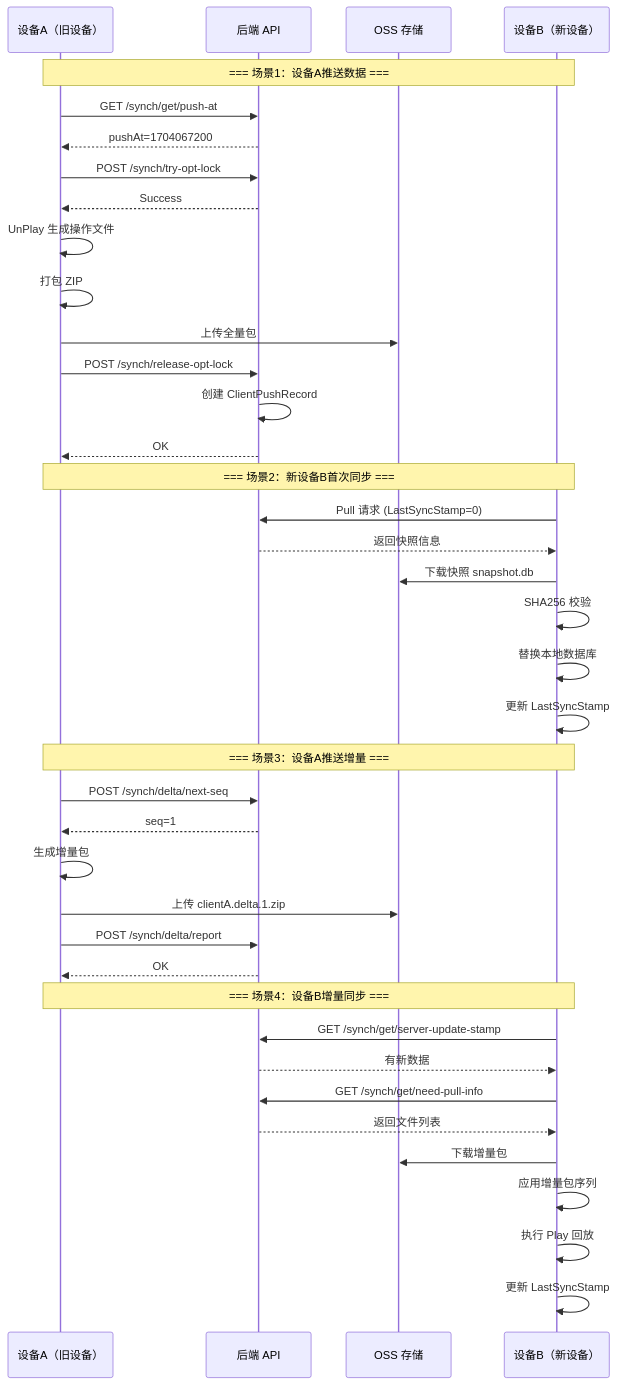
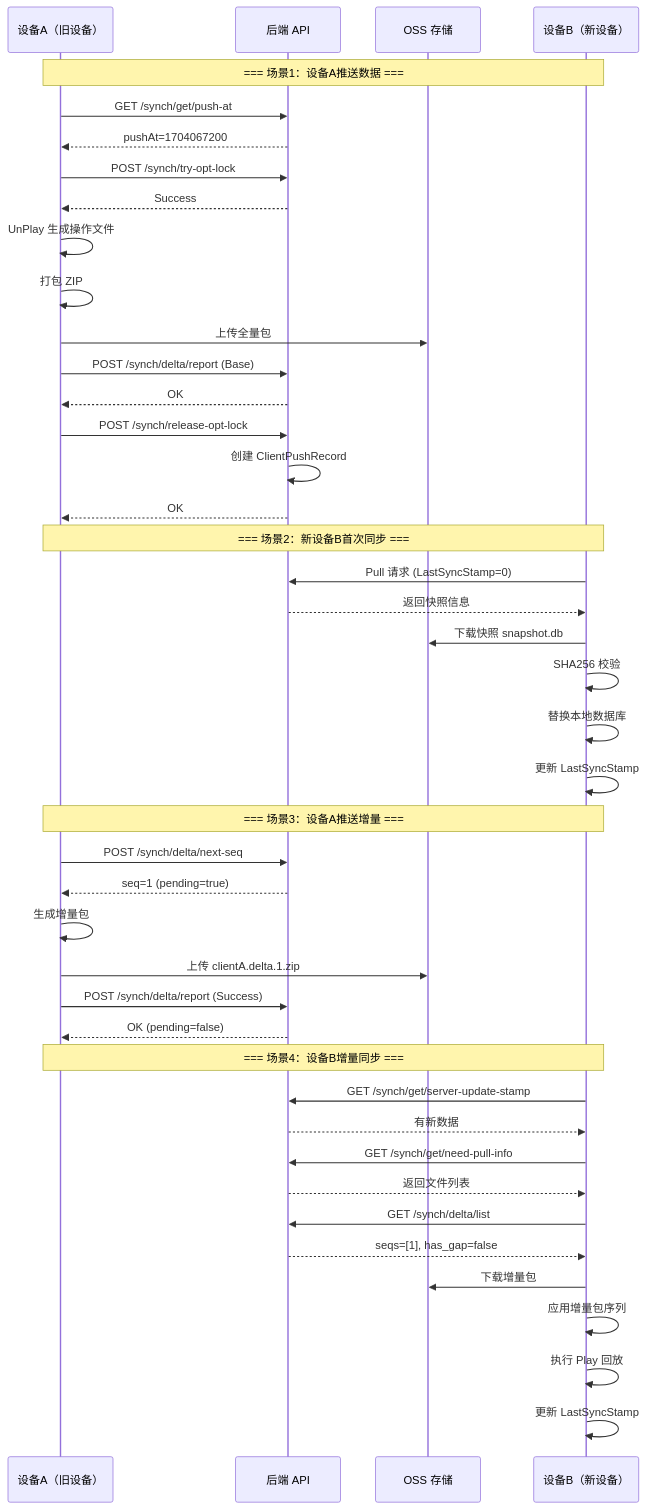
Diagram 29 of 33 in 多端同步流程图.md (LucisXu/jotmo-skills), drawn with Mermaid before and after one commit. The commit also changed other lines of this file, not shown here.

````diff
--- a/多端同步流程图.md
+++ b/多端同步流程图.md
@@ -731,58 +936,64 @@
 ```mermaid
 sequenceDiagram
     participant A as 设备A（旧设备）
     participant API as 后端 API
     participant OSS as OSS 存储
     participant B as 设备B（新设备）
 
     Note over A,B: === 场景1：设备A推送数据 ===
 
     A->>API: GET /synch/get/push-at
     API-->>A: pushAt=1704067200
 
     A->>API: POST /synch/try-opt-lock
     API-->>A: Success
 
     A->>A: UnPlay 生成操作文件
     A->>A: 打包 ZIP
 
     A->>OSS: 上传全量包
 
+    A->>API: POST /synch/delta/report (Base)
+    API-->>A: OK
+
     A->>API: POST /synch/release-opt-lock
     API->>API: 创建 ClientPushRecord
     API-->>A: OK
 
     Note over A,B: === 场景2：新设备B首次同步 ===
 
     B->>API: Pull 请求 (LastSyncStamp=0)
     API-->>B: 返回快照信息
 
     B->>OSS: 下载快照 snapshot.db
     B->>B: SHA256 校验
     B->>B: 替换本地数据库
     B->>B: 更新 LastSyncStamp
 
     Note over A,B: === 场景3：设备A推送增量 ===
 
     A->>API: POST /synch/delta/next-seq
-    API-->>A: seq=1
+    API-->>A: seq=1 (pending=true)
 
     A->>A: 生成增量包
     A->>OSS: 上传 clientA.delta.1.zip
 
-    A->>API: POST /synch/delta/report
-    API-->>A: OK
+    A->>API: POST /synch/delta/report (Success)
+    API-->>A: OK (pending=false)
 
     Note over A,B: === 场景4：设备B增量同步 ===
 
     B->>API: GET /synch/get/server-update-stamp
     API-->>B: 有新数据
 
     B->>API: GET /synch/get/need-pull-info
     API-->>B: 返回文件列表
 
+    B->>API: GET /synch/delta/list
+    API-->>B: seqs=[1], has_gap=false
+
     B->>OSS: 下载增量包
     B->>B: 应用增量包序列
     B->>B: 执行 Play 回放
     B->>B: 更新 LastSyncStamp
 ```
````
